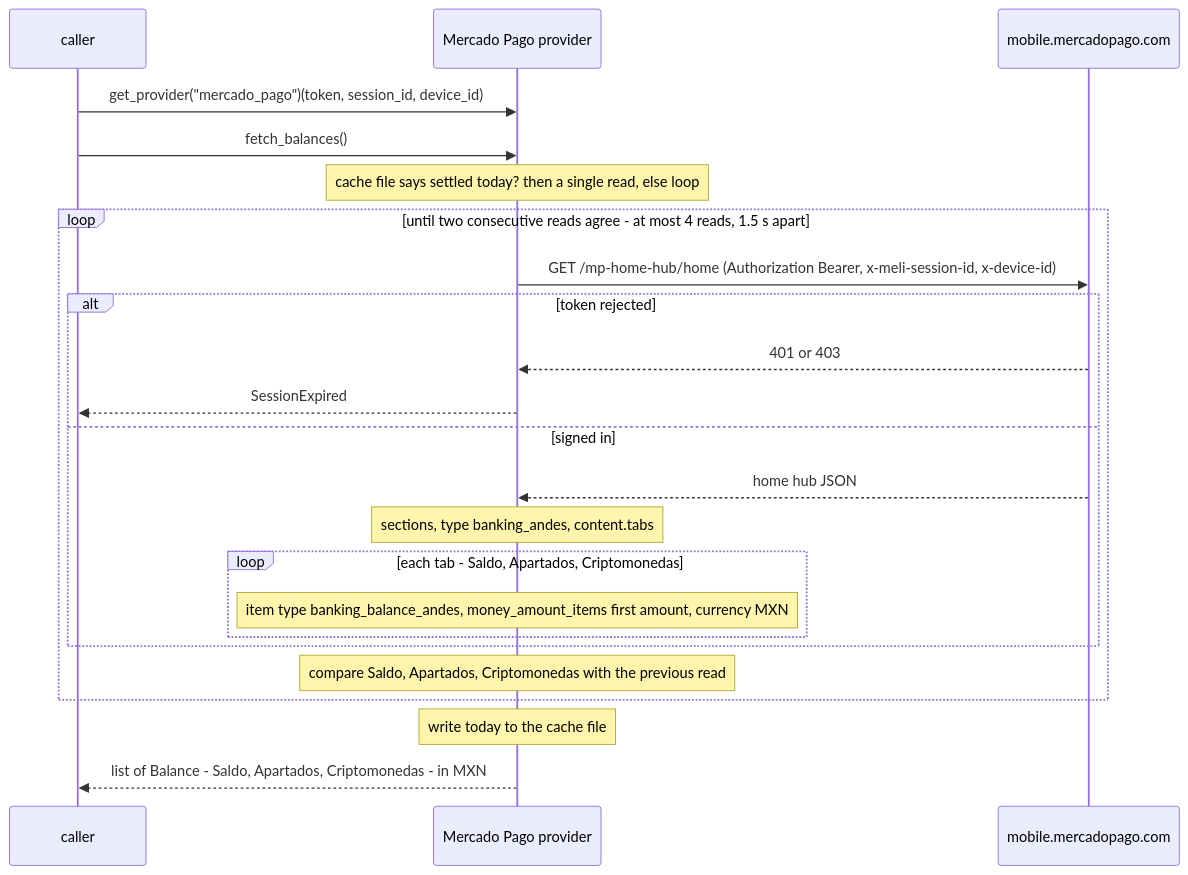
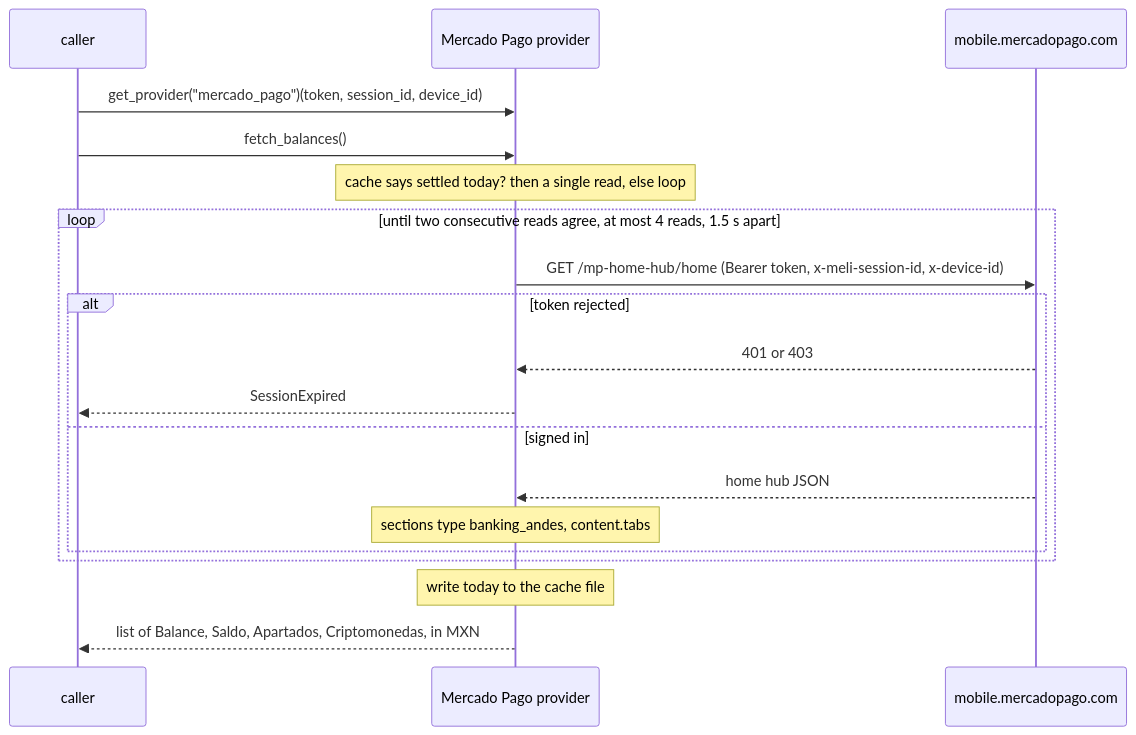
One commit to PaoloReyes/finscraper-mx changed the second of 2 diagrams in docs/flows/mercado_pago.md. Above: the diagram before and after it, drawn with Mermaid. The commit also changed other lines of this file and 8 other files, not shown here.

Commit message:
docs/flows: one structure across providers; fix Klar mermaid

````diff
--- a/docs/flows/mercado_pago.md
+++ b/docs/flows/mercado_pago.md
@@ -38,26 +35,22 @@
 ```mermaid
 sequenceDiagram
   participant C as caller
   participant P as Mercado Pago provider
   participant S as mobile.mercadopago.com
 
   C->>P: get_provider("mercado_pago")(token, session_id, device_id)
   C->>P: fetch_balances()
-  Note over P: cache file says settled today? then a single read, else loop
-  loop until two consecutive reads agree - at most 4 reads, 1.5 s apart
-    P->>S: GET /mp-home-hub/home  (Authorization Bearer, x-meli-session-id, x-device-id)
+  Note over P: cache says settled today? then a single read, else loop
+  loop until two consecutive reads agree, at most 4 reads, 1.5 s apart
+    P->>S: GET /mp-home-hub/home (Bearer token, x-meli-session-id, x-device-id)
     alt token rejected
       S-->>P: 401 or 403
       P-->>C: SessionExpired
     else signed in
       S-->>P: home hub JSON
-      Note over P: sections, type banking_andes, content.tabs
-      loop each tab - Saldo, Apartados, Criptomonedas
-        Note over P: item type banking_balance_andes, money_amount_items first amount, currency MXN
-      end
+      Note over P: sections type banking_andes, content.tabs
     end
-    Note over P: compare Saldo, Apartados, Criptomonedas with the previous read
   end
   Note over P: write today to the cache file
-  P-->>C: list of Balance - Saldo, Apartados, Criptomonedas - in MXN
+  P-->>C: list of Balance, Saldo, Apartados, Criptomonedas, in MXN
 ```
````
